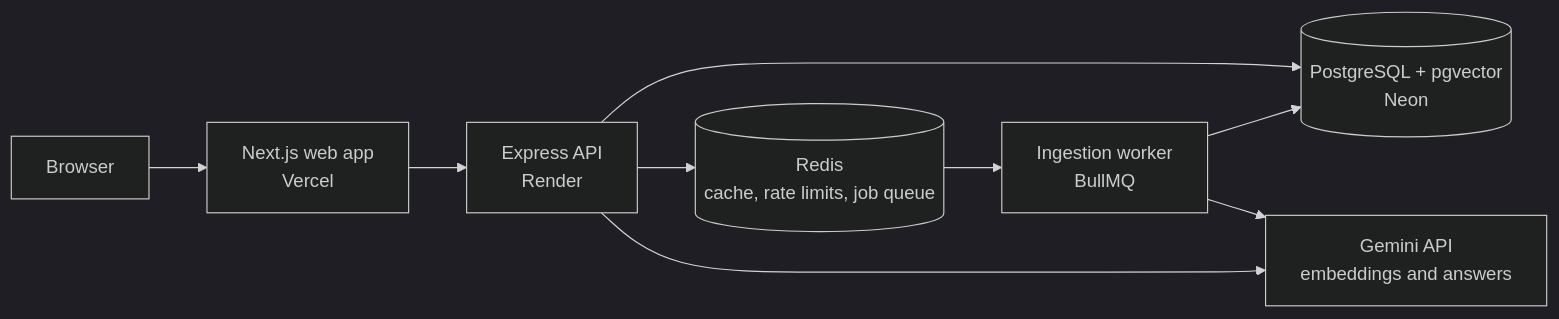
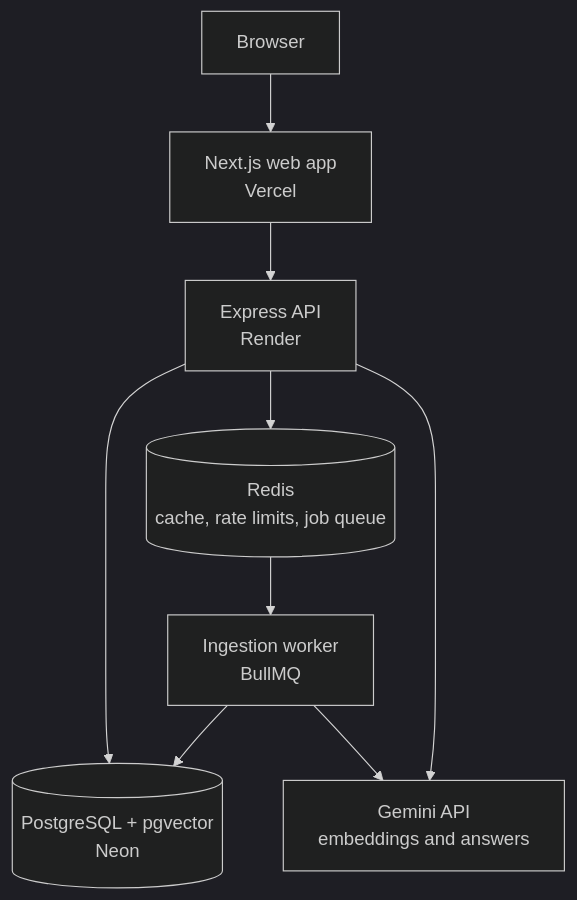
The diagram in README.md (KamleshJayasankar/campusmind), drawn with Mermaid (dark theme) before and after one commit.

Commit message:
Change flowchart direction in README
Updated flowchart direction from LR to TD in README.

````diff
--- a/README.md
+++ b/README.md
@@ -32,11 +32,11 @@
 ```mermaid
-flowchart LR
+flowchart TD
     U[Browser] --> W[Next.js web app<br/>Vercel]
     W --> A[Express API<br/>Render]
     A --> P[(PostgreSQL + pgvector<br/>Neon)]
     A --> R[(Redis<br/>cache, rate limits, job queue)]
     A --> G[Gemini API<br/>embeddings and answers]
     R --> K[Ingestion worker<br/>BullMQ]
     K --> P
     K --> G
 ```
````
